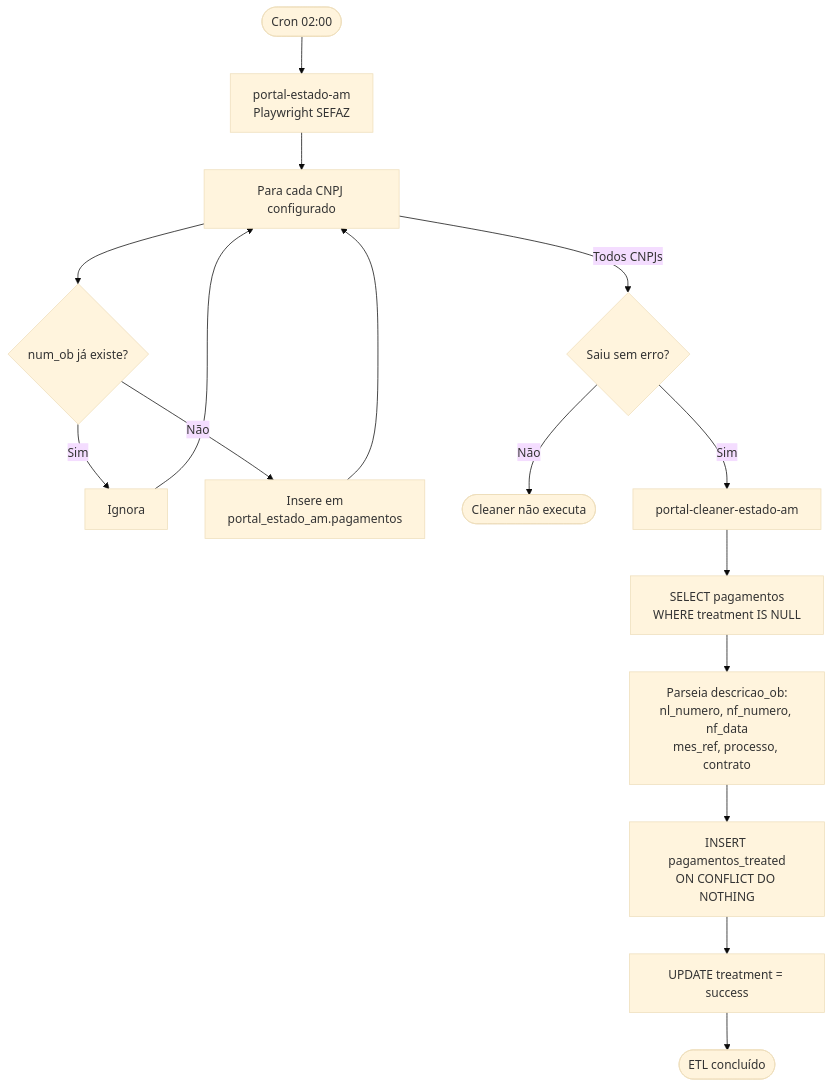
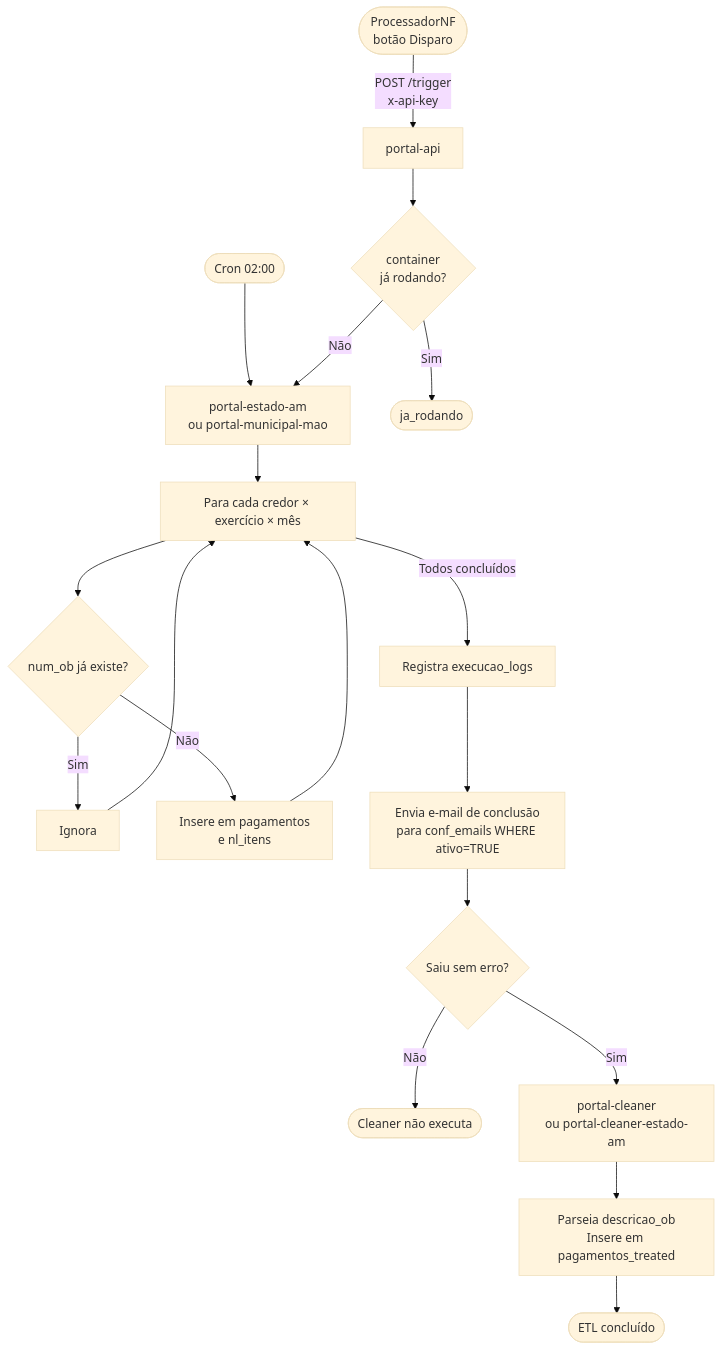
Before and after one commit to dmitri404/SOCRATES-API: the third of 3 diagrams in README.md, drawn with Mermaid (base theme). The commit also changed other lines of this file and 4 other files, not shown here.

First line of the commit message:
feat: disparo manual de scrapers via portal-api + botoes no ProcessadorNF

````diff
--- a/README.md
+++ b/README.md
@@ -468,18 +481,22 @@
 ```mermaid
 flowchart TD
-    A([Cron 02:00]) --> B[portal-estado-am\nPlaywright SEFAZ]
-    B --> C[Para cada CNPJ configurado]
-    C --> D{num_ob já existe?}
-    D -- Sim --> E[Ignora]
-    D -- Não --> F[Insere em\nportal_estado_am.pagamentos]
-    F --> C
-    E --> C
-    C -- Todos CNPJs --> G{Saiu sem erro?}
-    G -- Não --> H([Cleaner não executa])
-    G -- Sim --> I[portal-cleaner-estado-am]
-    I --> J[SELECT pagamentos\nWHERE treatment IS NULL]
-    J --> K[Parseia descricao_ob:\nnl_numero, nf_numero, nf_data\nmes_ref, processo, contrato]
-    K --> L[INSERT pagamentos_treated\nON CONFLICT DO NOTHING]
-    L --> M[UPDATE treatment = success]
+    A([Cron 02:00]) --> C
+    B([ProcessadorNF\nbotão Disparo]) -->|POST /trigger\nx-api-key| P[portal-api]
+    P --> Q{container\njá rodando?}
+    Q -- Sim --> R([ja_rodando])
+    Q -- Não --> C[portal-estado-am\nou portal-municipal-mao]
+
+    C --> D[Para cada credor × exercício × mês]
+    D --> E{num_ob já existe?}
+    E -- Sim --> F[Ignora]
+    E -- Não --> G[Insere em pagamentos\ne nl_itens]
+    G --> D
+    F --> D
+    D -- Todos concluídos --> H[Registra execucao_logs]
+    H --> I[Envia e-mail de conclusão\npara conf_emails WHERE ativo=TRUE]
+    I --> J{Saiu sem erro?}
+    J -- Não --> K([Cleaner não executa])
+    J -- Sim --> L[portal-cleaner\nou portal-cleaner-estado-am]
+    L --> M[Parseia descricao_ob\nInsere em pagamentos_treated]
     M --> N([ETL concluído])
 ```
````
